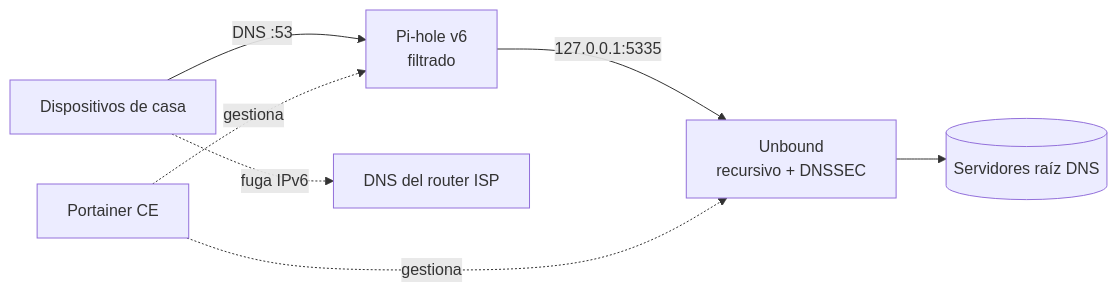
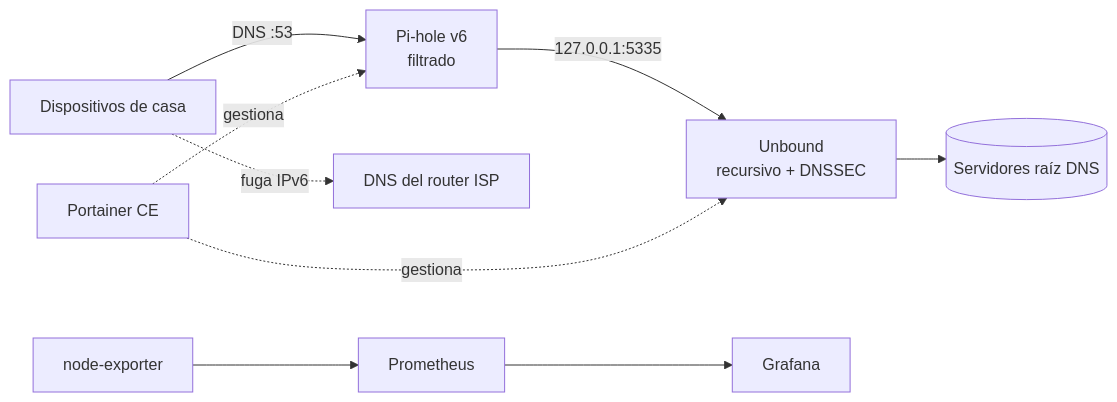
One commit to daviliyo98/minisoc-homelab changed the diagram in README.md. Above: the diagram before and after it, drawn with Mermaid. The commit also changed other lines of this file and 2 other files, not shown here.

````diff
--- a/README.md
+++ b/README.md
@@ -9,9 +9,10 @@
 ```mermaid
 flowchart LR
     D[Dispositivos de casa] -->|DNS :53| P[Pi-hole v6<br/>filtrado]
     P -->|127.0.0.1:5335| U[Unbound<br/>recursivo + DNSSEC]
     U --> R[(Servidores raíz DNS)]
     D -. fuga IPv6 .-> X[DNS del router ISP]
     PT[Portainer CE] -. gestiona .-> P
     PT -. gestiona .-> U
+    NE[node-exporter] --> PR[Prometheus] --> G[Grafana]
 ```
````
